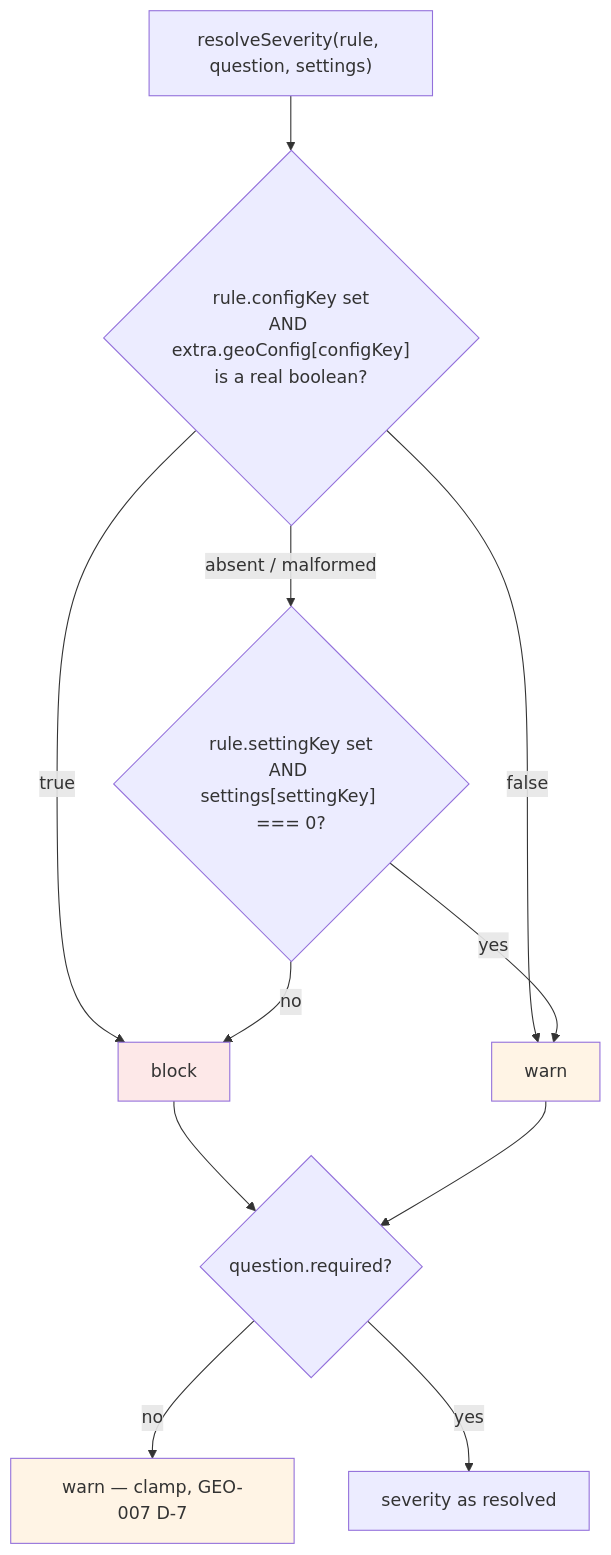
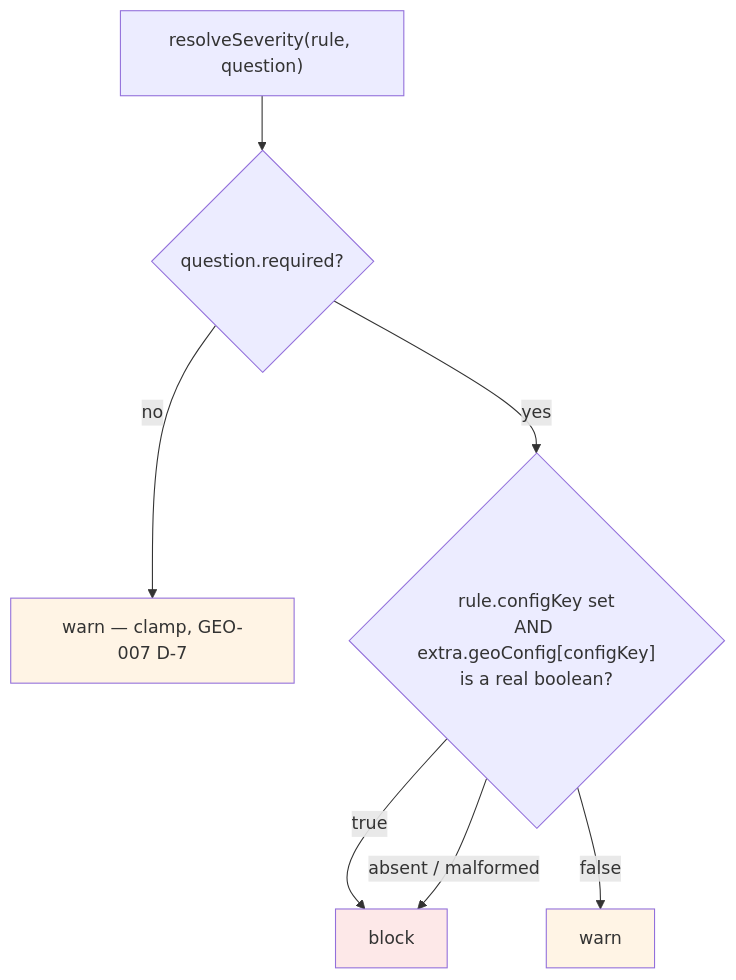
The third of 4 diagrams in doc/design/GEO-013-polygon-validation-architecture.md (akvo/akvo-mis), drawn with Mermaid before and after one commit. The commit also changed other lines of this file and 19 other files, not shown here.

````diff
--- a/doc/design/GEO-013-polygon-validation-architecture.md
+++ b/doc/design/GEO-013-polygon-validation-architecture.md
@@ -334,17 +355,13 @@
 ```mermaid
 flowchart TD
-  S["resolveSeverity(rule, question, settings)"] --> C1{"rule.configKey set<br/>AND extra.geoConfig[configKey]<br/>is a real boolean?"}
+  S["resolveSeverity(rule, question)"] --> C3{"question.required?"}
+  C3 -- "no" --> W2["warn — clamp, GEO-007 D-7"]
+  C3 -- "yes" --> C1{"rule.configKey set<br/>AND extra.geoConfig[configKey]<br/>is a real boolean?"}
   C1 -- "true" --> B["block"]
   C1 -- "false" --> W["warn"]
-  C1 -- "absent / malformed" --> C2{"rule.settingKey set<br/>AND settings[settingKey] === 0?"}
-  C2 -- "yes" --> W
-  C2 -- "no" --> B
-  B --> C3{"question.required?"}
-  W --> C3
-  C3 -- "no" --> W2["warn — clamp, GEO-007 D-7"]
-  C3 -- "yes" --> OUT["severity as resolved"]
+  C1 -- "absent / malformed" --> B
 
   style B fill:#fde8e8
   style W fill:#fff4e5
   style W2 fill:#fff4e5
 ```
````
